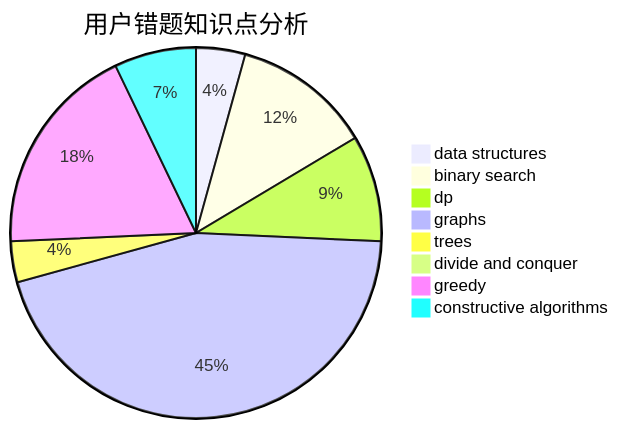
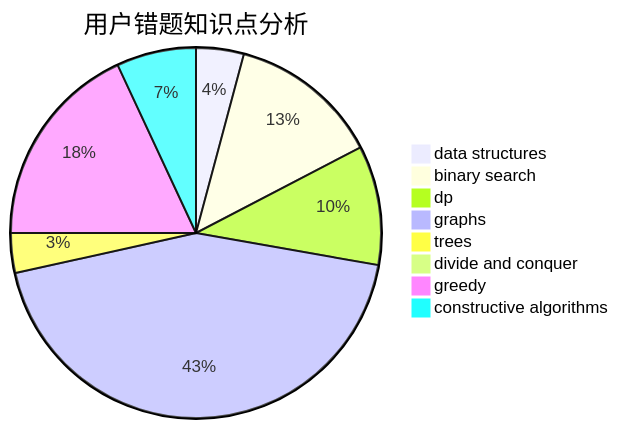
Before and after one commit to sherpahu/cfrs.github.io: the third of 3 diagrams in docs/user/u1892.md, drawn with Mermaid. The commit also changed other lines of this file and 2770 other files, not shown here.

````diff
--- a/docs/user/u1892.md
+++ b/docs/user/u1892.md
@@ -36,11 +36,11 @@
 ```mermaid
 pie title 用户错题知识点分析
     "data structures" :  6
-    "binary search" :  17
-    "dp" :  13
+    "binary search" :  19
+    "dp" :  15
     "graphs" :  63
     "trees" :  5
     "divide and conquer" :  1
     "greedy" :  26
     "constructive algorithms" :  10
 ```
````
